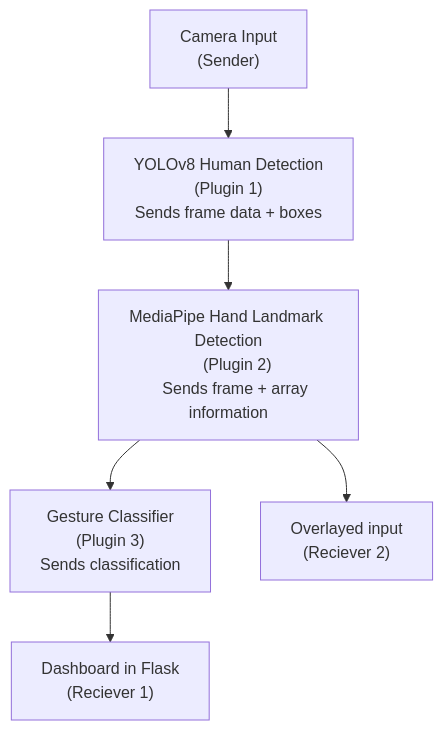
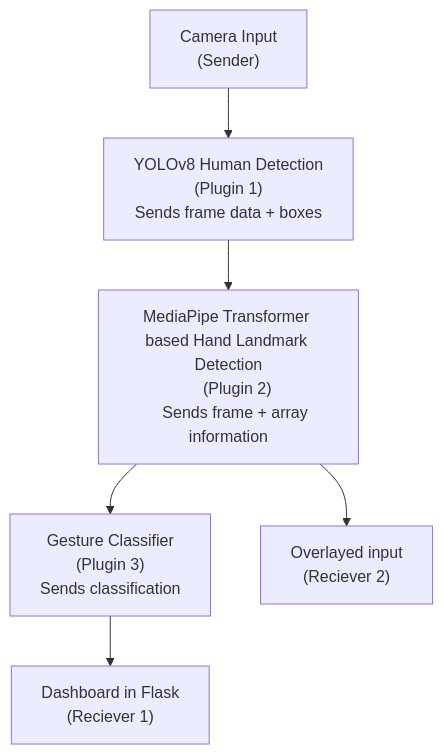
The diagram in readme.md (sean-lai-sh/corelink-plugin-poc), drawn with Mermaid before and after one commit. The commit also changed other lines of this file and 5 other files, not shown here.

````diff
--- a/readme.md
+++ b/readme.md
@@ -23,17 +23,17 @@
 ```mermaid
 graph TD
     A["Camera Input
     (Sender)"] --> B["YOLOv8 Human Detection
     (Plugin 1)
     Sends frame data + boxes"]
-    B --> C["MediaPipe Hand Landmark Detection
+    B --> C["MediaPipe Transformer based Hand Landmark Detection
     (Plugin 2)
     Sends frame + array information"]
     C --> D["Gesture Classifier
     (Plugin 3)
     Sends classification"]
     D --> E["Dashboard in Flask
     (Reciever 1)"]
     C --> F["Overlayed input
     (Reciever 2)"]
 ```
````
